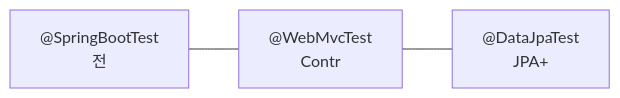
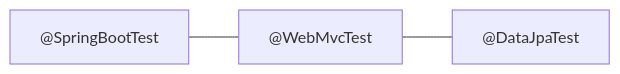
One commit to yjkim2015/yjkim2015.github.io changed the second of 4 diagrams in _posts/test/2026-05-03-integration-testing.md. Above: the diagram before and after it, drawn with Mermaid. The commit also changed other lines of this file and 217 other files, not shown here.

First line of the commit message:
Mermaid 크기 수정: useMaxWidth:true + SVG max-width:100% + 라벨 축소

````diff
--- a/_posts/test/2026-05-03-integration-testing.md
+++ b/_posts/test/2026-05-03-integration-testing.md
@@ -45,7 +45,7 @@
 ```mermaid
 graph LR
-    A["@SpringBootTest\n전"]
-    B["@WebMvcTest\nContr"]
-    C["@DataJpaTest\nJPA+"]
+    A["@SpringBootTest"]
+    B["@WebMvcTest"]
+    C["@DataJpaTest"]
     A --- B --- C
 ```
````
